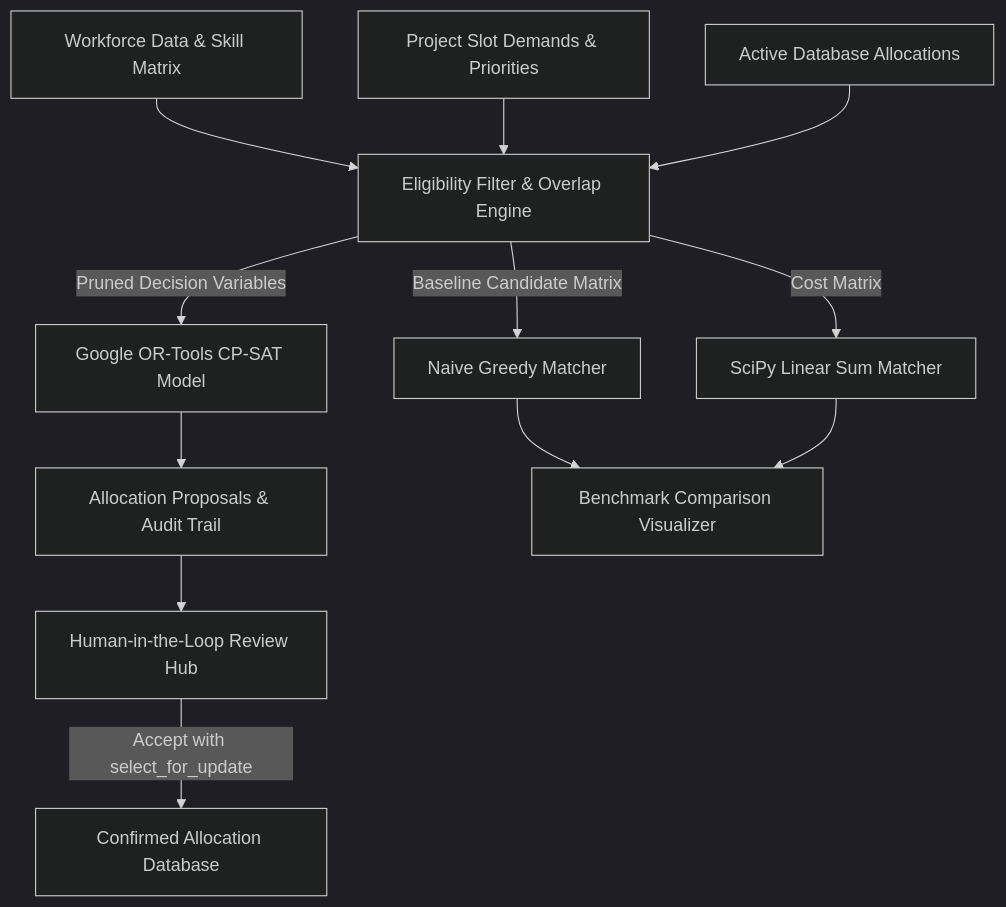
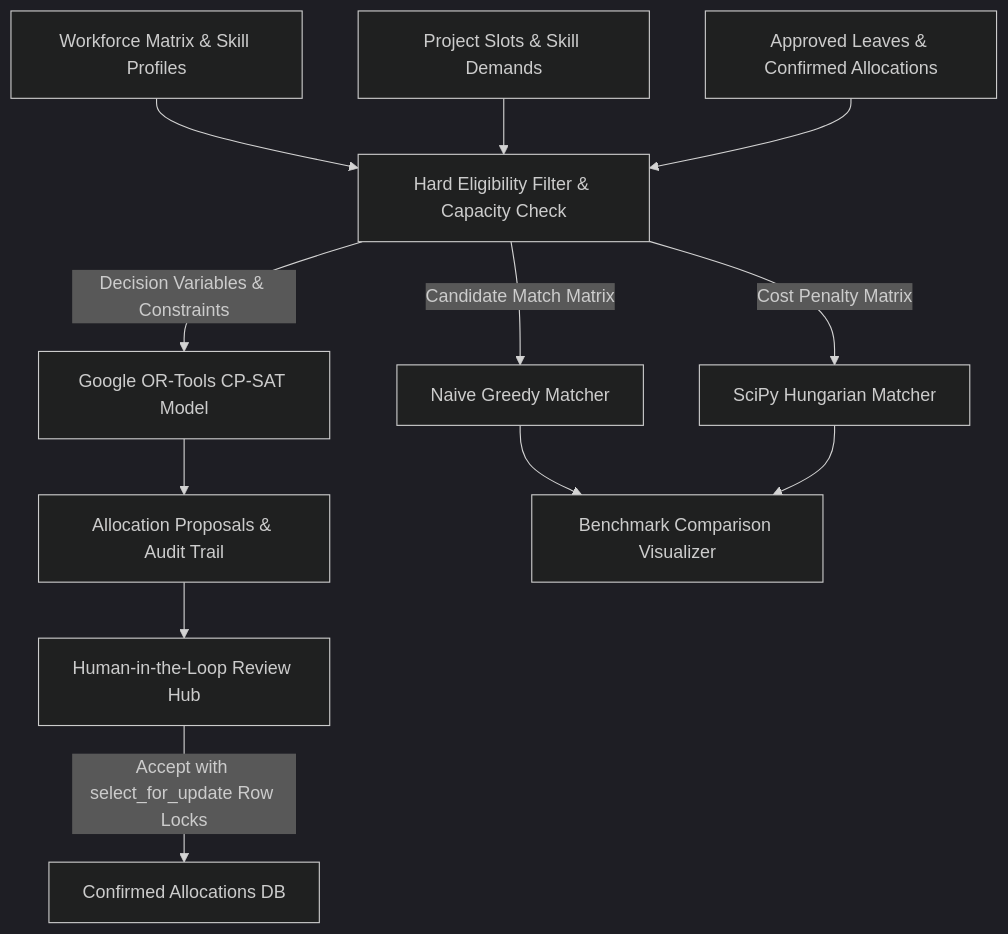
The diagram in README.md (Tirupathi-Jayadeep/BenchZero), drawn with Mermaid (dark theme) before and after one commit. The commit also changed other lines of this file and 29 other files, not shown here.

Commit message:
feat: enhance staffing allocation engine, dashboard features, permissions & remove sensitive files from tracking

````diff
--- a/README.md
+++ b/README.md
@@ -34,17 +57,17 @@
 ```mermaid
 graph TD
-    A[Workforce Data & Skill Matrix] --> C[Eligibility Filter & Overlap Engine]
-    B[Project Slot Demands & Priorities] --> C
-    D[Active Database Allocations] --> C
+    A[Workforce Matrix & Skill Profiles] --> C[Hard Eligibility Filter & Capacity Check]
+    B[Project Slots & Skill Demands] --> C
+    D[Approved Leaves & Confirmed Allocations] --> C
     
-    C -->|Pruned Decision Variables| E[Google OR-Tools CP-SAT Model]
-    C -->|Baseline Candidate Matrix| F[Naive Greedy Matcher]
-    C -->|Cost Matrix| G[SciPy Linear Sum Matcher]
+    C -->|Decision Variables & Constraints| E[Google OR-Tools CP-SAT Model]
+    C -->|Candidate Match Matrix| F[Naive Greedy Matcher]
+    C -->|Cost Penalty Matrix| G[SciPy Hungarian Matcher]
     
     E --> H[Allocation Proposals & Audit Trail]
     F --> I[Benchmark Comparison Visualizer]
     G --> I
     
     H --> J[Human-in-the-Loop Review Hub]
-    J -->|Accept with select_for_update| K[Confirmed Allocation Database]
+    J -->|Accept with select_for_update Row Locks| K[Confirmed Allocations DB]
 ```
````
